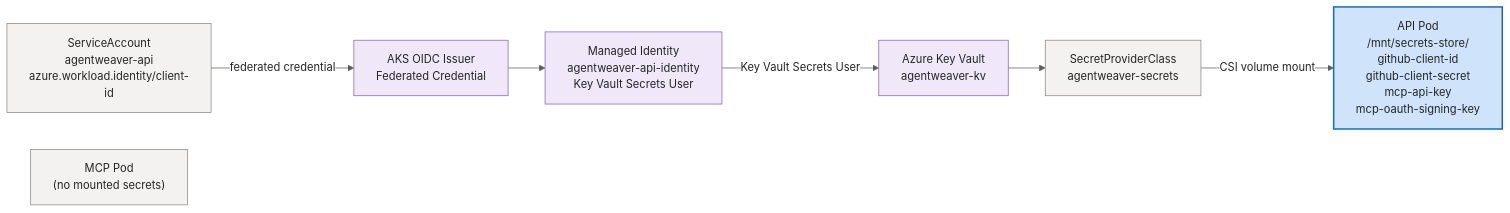
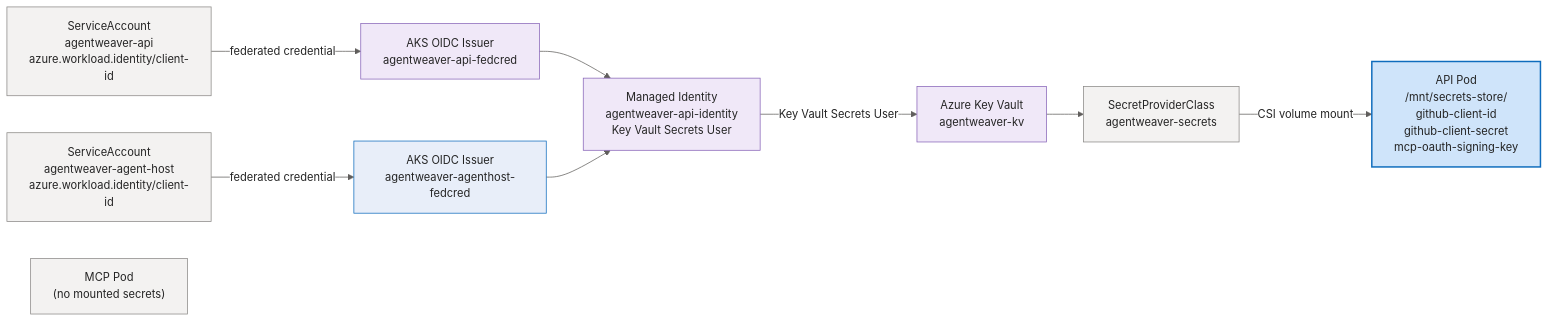
Before and after one commit to sabbour/agentweaver: the fifth of 5 diagrams in docs/architecture-aks.md, drawn with Mermaid. The commit also changed other lines of this file and 3 other files, not shown here.

First line of the commit message:
fix: add agent-host federated credential to setup script, remove mcp-api-key

````diff
--- a/docs/architecture-aks.md
+++ b/docs/architecture-aks.md
@@ -262,29 +262,32 @@
 ```mermaid
 %%{init: {'theme':'base','themeVariables':{'fontFamily':'Segoe UI, system-ui, -apple-system, sans-serif','fontSize':'15px','primaryColor':'#E8EEF9','primaryBorderColor':'#0F6CBD','primaryTextColor':'#242424','lineColor':'#605E5C','clusterBkg':'#FAF9F8','clusterBorder':'#D2D0CE','edgeLabelBackground':'#FFFFFF'}}}%%
 flowchart LR
     MI["Managed Identity<br/>agentweaver-api-identity<br/>Key Vault Secrets User"]
     SA["ServiceAccount<br/>agentweaver-api<br/>azure.workload.identity/client-id"]
-    OIDC["AKS OIDC Issuer<br/>Federated Credential"]
+    SA2["ServiceAccount<br/>agentweaver-agent-host<br/>azure.workload.identity/client-id"]
+    OIDC["AKS OIDC Issuer<br/>agentweaver-api-fedcred"]
+    OIDC2["AKS OIDC Issuer<br/>agentweaver-agenthost-fedcred"]
     KV["Azure Key Vault<br/>agentweaver-kv"]
 
     SPC["SecretProviderClass<br/>agentweaver-secrets"]
 
-    API["API Pod<br/>/mnt/secrets-store/<br/>github-client-id<br/>github-client-secret<br/>mcp-api-key<br/>mcp-oauth-signing-key"]
+    API["API Pod<br/>/mnt/secrets-store/<br/>github-client-id<br/>github-client-secret<br/>mcp-oauth-signing-key"]
     MCP["MCP Pod<br/>(no mounted secrets)"]
 
     SA -->|"federated credential"| OIDC --> MI
+    SA2 -->|"federated credential"| OIDC2 --> MI
     MI -->|"Key Vault Secrets User"| KV
     KV --> SPC -->|"CSI volume mount"| API
 
     classDef client fill:#E8EEF9,stroke:#0F6CBD,stroke-width:1px,color:#242424;
     classDef svc fill:#F3F2F1,stroke:#8A8886,stroke-width:1px,color:#242424;
     classDef core fill:#CFE4FA,stroke:#0F6CBD,stroke-width:2px,color:#242424;
     classDef data fill:#FFF4CE,stroke:#C19C00,stroke-width:1px,color:#242424;
     classDef ext fill:#F0E8F8,stroke:#8764B8,stroke-width:1px,color:#242424;
     classDef runtime fill:#DDF3DD,stroke:#107C10,stroke-width:1px,color:#242424;
     classDef evt fill:#D6F0F0,stroke:#038387,stroke-width:1px,color:#242424;
 
-    class SA,SPC,MCP svc;
+    class SA,SA2,SPC,MCP svc;
     class API core;
     class MI,OIDC,KV ext;
 ```
````
